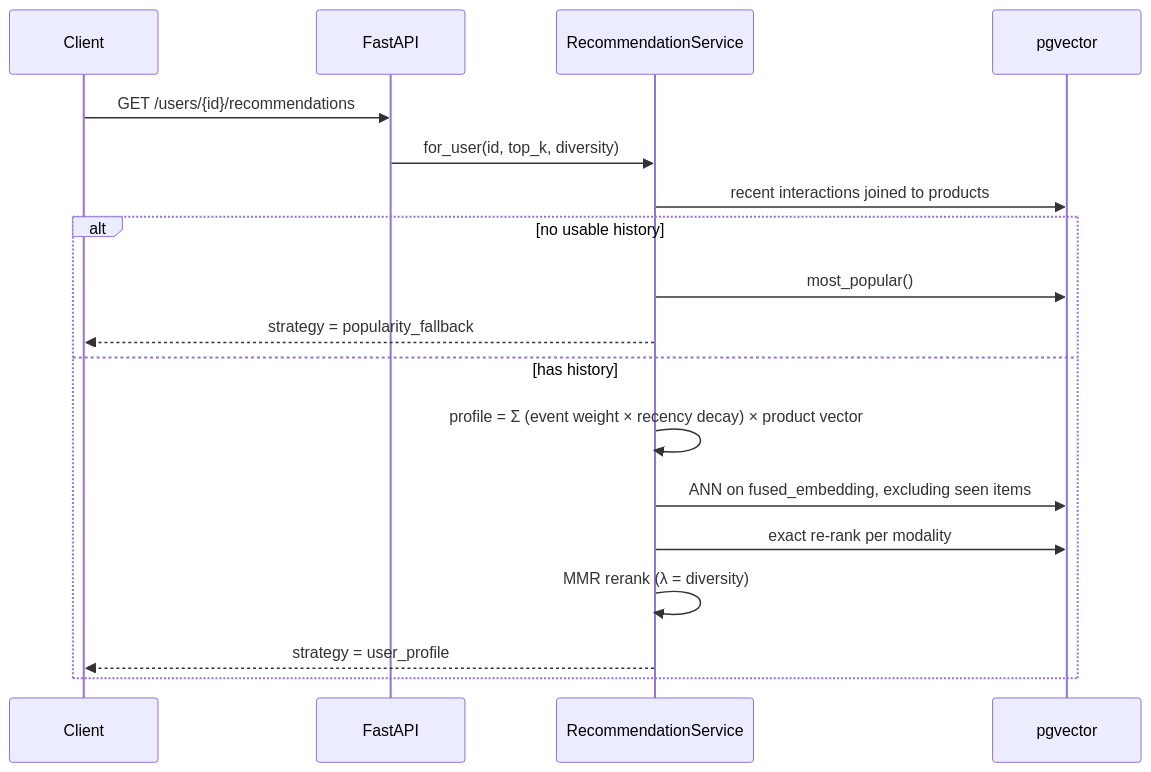
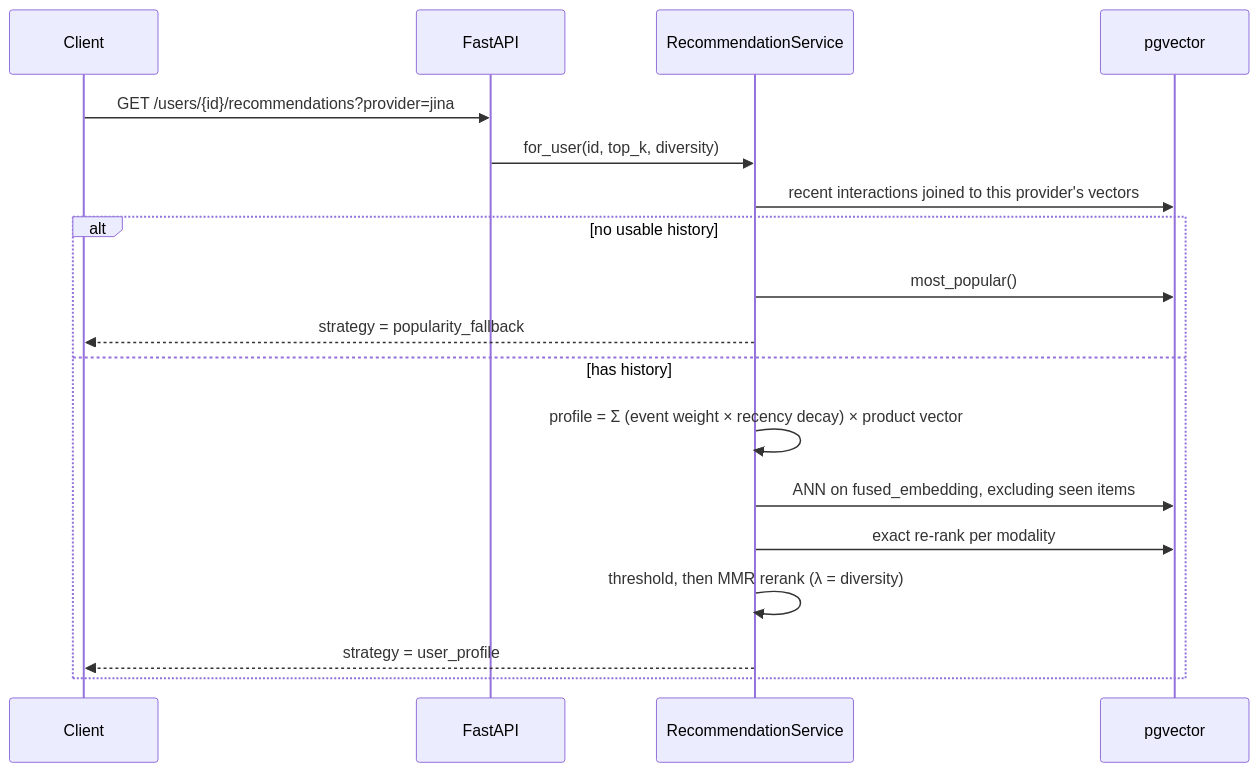
The second of 2 diagrams in README.md (sany2k8/fastapi-vector-recommendation), drawn with Mermaid before and after one commit. The commit also changed other lines of this file and 81 other files, not shown here.

````diff
--- a/README.md
+++ b/README.md
@@ -204,21 +312,21 @@
 ```mermaid
 sequenceDiagram
     participant C as Client
     participant API as FastAPI
     participant S as RecommendationService
     participant DB as pgvector
 
-    C->>API: GET /users/{id}/recommendations
+    C->>API: GET /users/{id}/recommendations?provider=jina
     API->>S: for_user(id, top_k, diversity)
-    S->>DB: recent interactions joined to products
+    S->>DB: recent interactions joined to this provider's vectors
     alt no usable history
         S->>DB: most_popular()
         S-->>C: strategy = popularity_fallback
     else has history
         S->>S: profile = Σ (event weight × recency decay) × product vector
         S->>DB: ANN on fused_embedding, excluding seen items
         S->>DB: exact re-rank per modality
-        S->>S: MMR rerank (λ = diversity)
+        S->>S: threshold, then MMR rerank (λ = diversity)
         S-->>C: strategy = user_profile
     end
 ```
````
